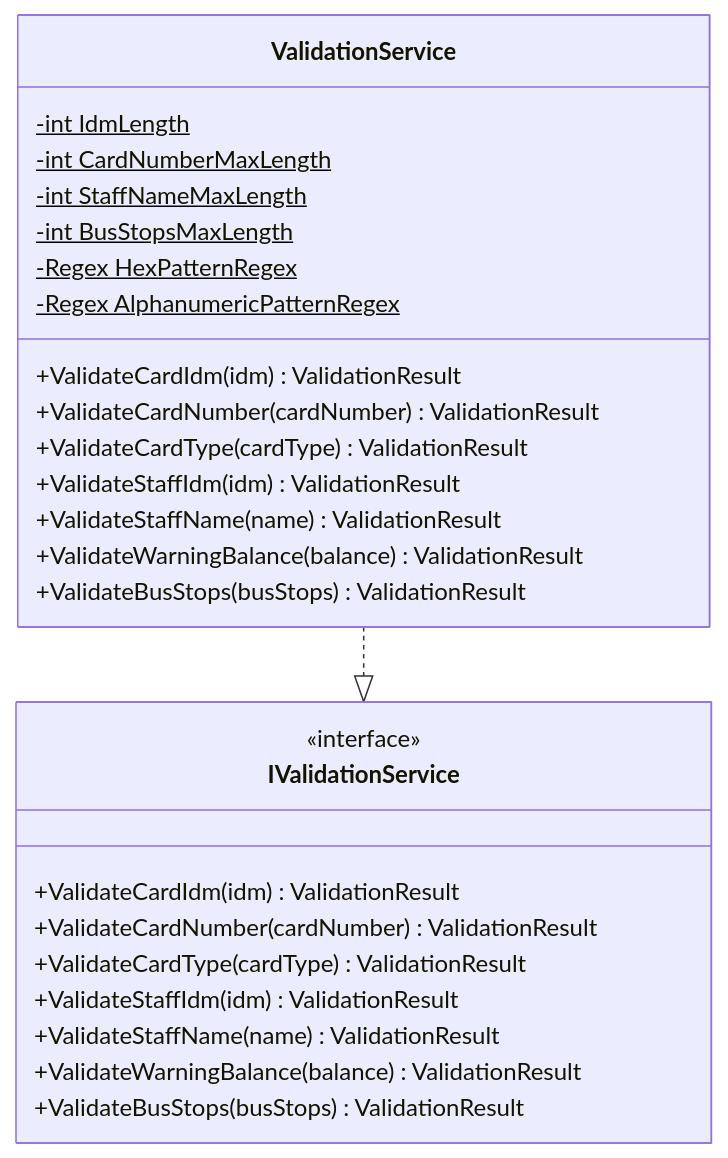
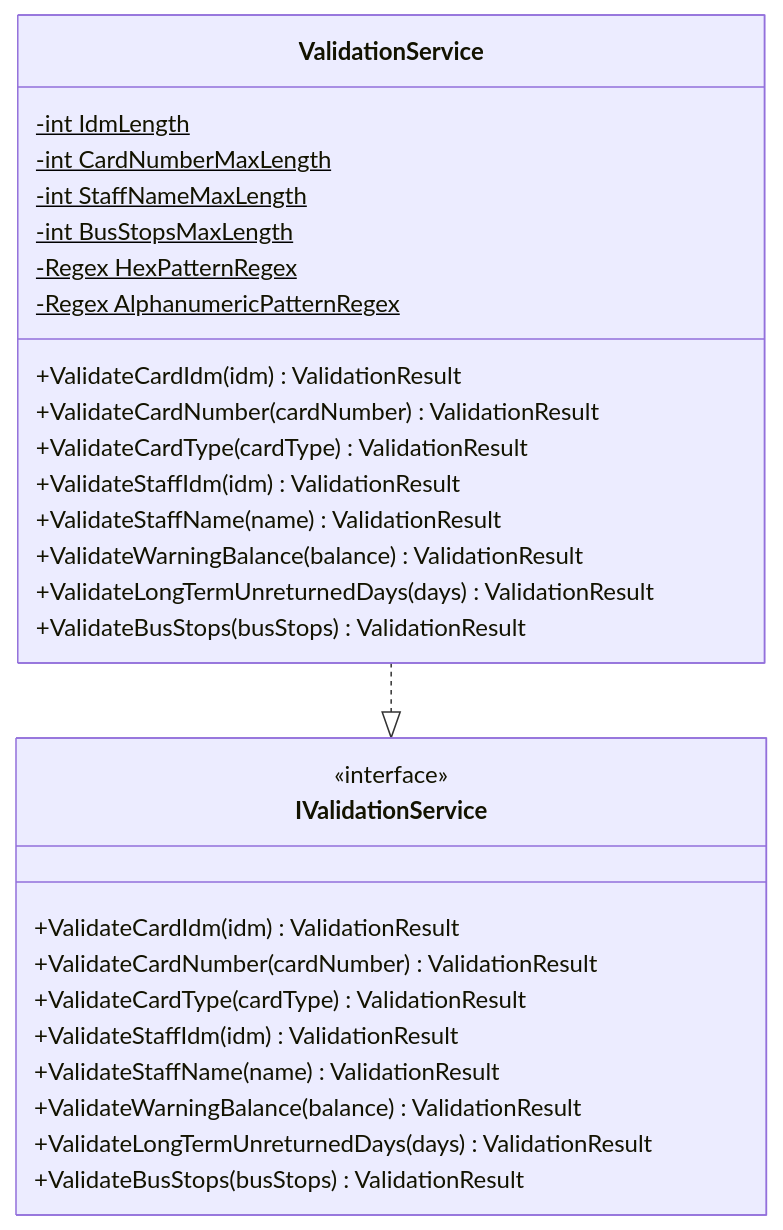
One commit to kuwayamamasayuki/ICCardManager changed diagram 36 of 53 in ICCardManager/docs/design/05_クラス設計書.md. Above: the diagram before and after it, drawn with Mermaid. The commit also changed other lines of this file and 23 other files, not shown here.

````diff
--- a/ICCardManager/docs/design/05_クラス設計書.md
+++ b/ICCardManager/docs/design/05_クラス設計書.md
@@ -2330,31 +2330,33 @@
 ```mermaid
 classDiagram
     class IValidationService {
         <<interface>>
         +ValidateCardIdm(idm) ValidationResult
         +ValidateCardNumber(cardNumber) ValidationResult
         +ValidateCardType(cardType) ValidationResult
         +ValidateStaffIdm(idm) ValidationResult
         +ValidateStaffName(name) ValidationResult
         +ValidateWarningBalance(balance) ValidationResult
+        +ValidateLongTermUnreturnedDays(days) ValidationResult
         +ValidateBusStops(busStops) ValidationResult
     }
 
     class ValidationService {
         -int IdmLength$
         -int CardNumberMaxLength$
         -int StaffNameMaxLength$
         -int BusStopsMaxLength$
         -Regex HexPatternRegex$
         -Regex AlphanumericPatternRegex$
         +ValidateCardIdm(idm) ValidationResult
         +ValidateCardNumber(cardNumber) ValidationResult
         +ValidateCardType(cardType) ValidationResult
         +ValidateStaffIdm(idm) ValidationResult
         +ValidateStaffName(name) ValidationResult
         +ValidateWarningBalance(balance) ValidationResult
+        +ValidateLongTermUnreturnedDays(days) ValidationResult
         +ValidateBusStops(busStops) ValidationResult
     }
 
     ValidationService ..|> IValidationService
 ```
````
